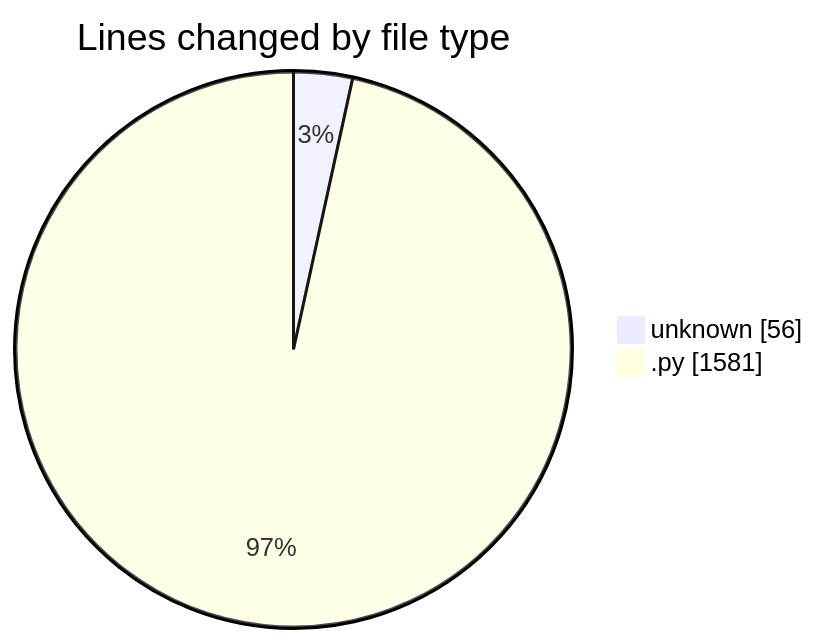
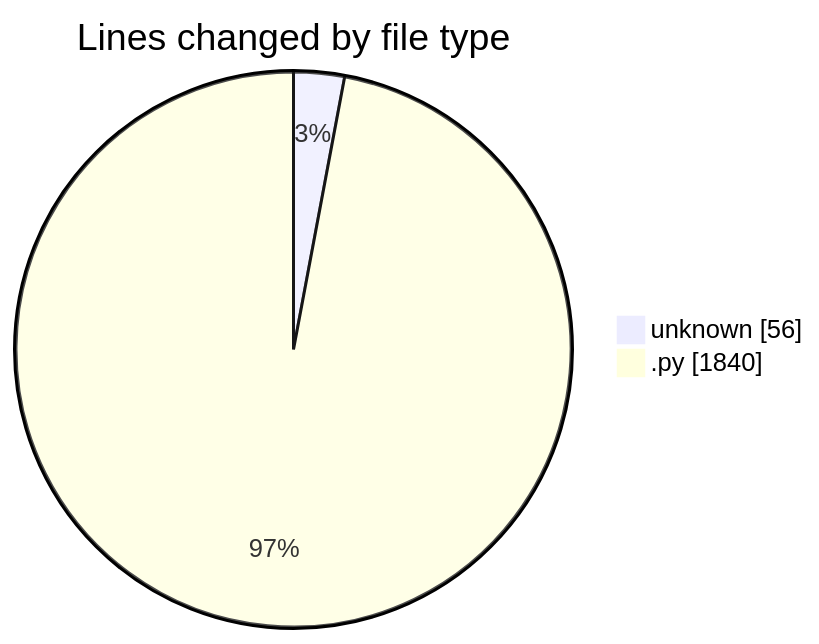
The first of 2 diagrams in 2025-11-26/eventscop-api-guide__workspace_/README.md (julien-gomy/code-tracking), drawn with Mermaid before and after one commit. The commit also changed other lines of this file and 1 other file, not shown here.

````diff
--- a/2025-11-26/eventscop-api-guide__workspace_/README.md
+++ b/2025-11-26/eventscop-api-guide__workspace_/README.md
@@ -24,6 +25,6 @@
 ```mermaid
 pie showData
 title Lines changed by file type
 "unknown" : 56
-".py" : 1581
+".py" : 1840
 ```
````
